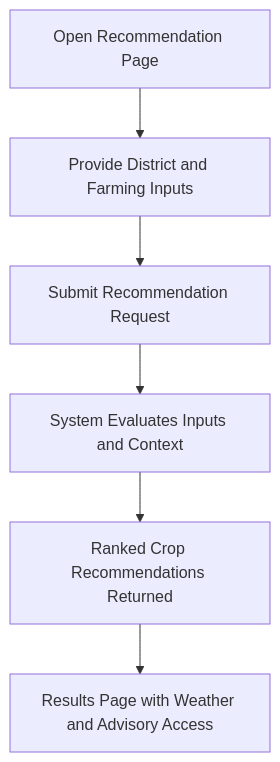
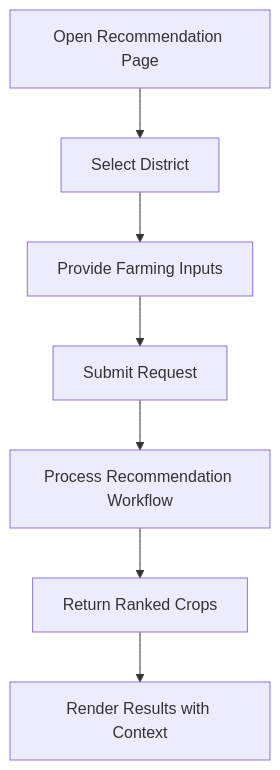
Before and after one commit to SAMxENGINEER/ALL_DOCUMENTATIONS-: the first of 7 diagrams in docs/Projects/FasalMitra/03-user-journeys.md, drawn with Mermaid. The commit also changed other lines of this file and 4 other files, not shown here.

Commit message:
refactor: enhance FasalMitra documentation with detailed user journeys, service contracts, and architectural insights

````diff
--- a/docs/Projects/FasalMitra/03-user-journeys.md
+++ b/docs/Projects/FasalMitra/03-user-journeys.md
@@ -7,8 +19,9 @@
 ```mermaid
 flowchart TD
-    A[Open Recommendation Page] --> B[Provide District and Farming Inputs]
-    B --> C[Submit Recommendation Request]
-    C --> D[System Evaluates Inputs and Context]
-    D --> E[Ranked Crop Recommendations Returned]
-    E --> F[Results Page with Weather and Advisory Access]
+    A[Open Recommendation Page] --> B[Select District]
+    B --> C[Provide Farming Inputs]
+    C --> D[Submit Request]
+    D --> E[Process Recommendation Workflow]
+    E --> F[Return Ranked Crops]
+    F --> G[Render Results with Context]
 ```
````
